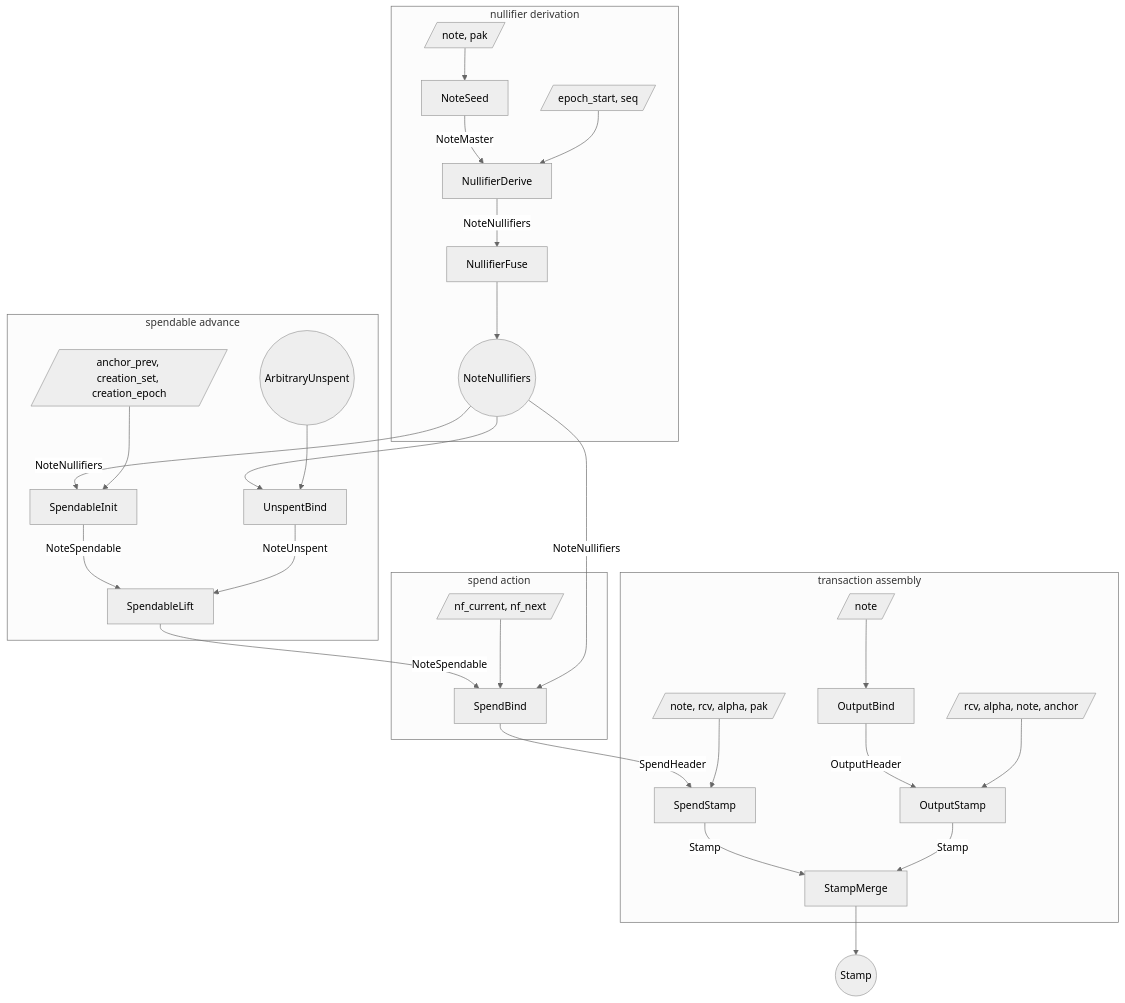
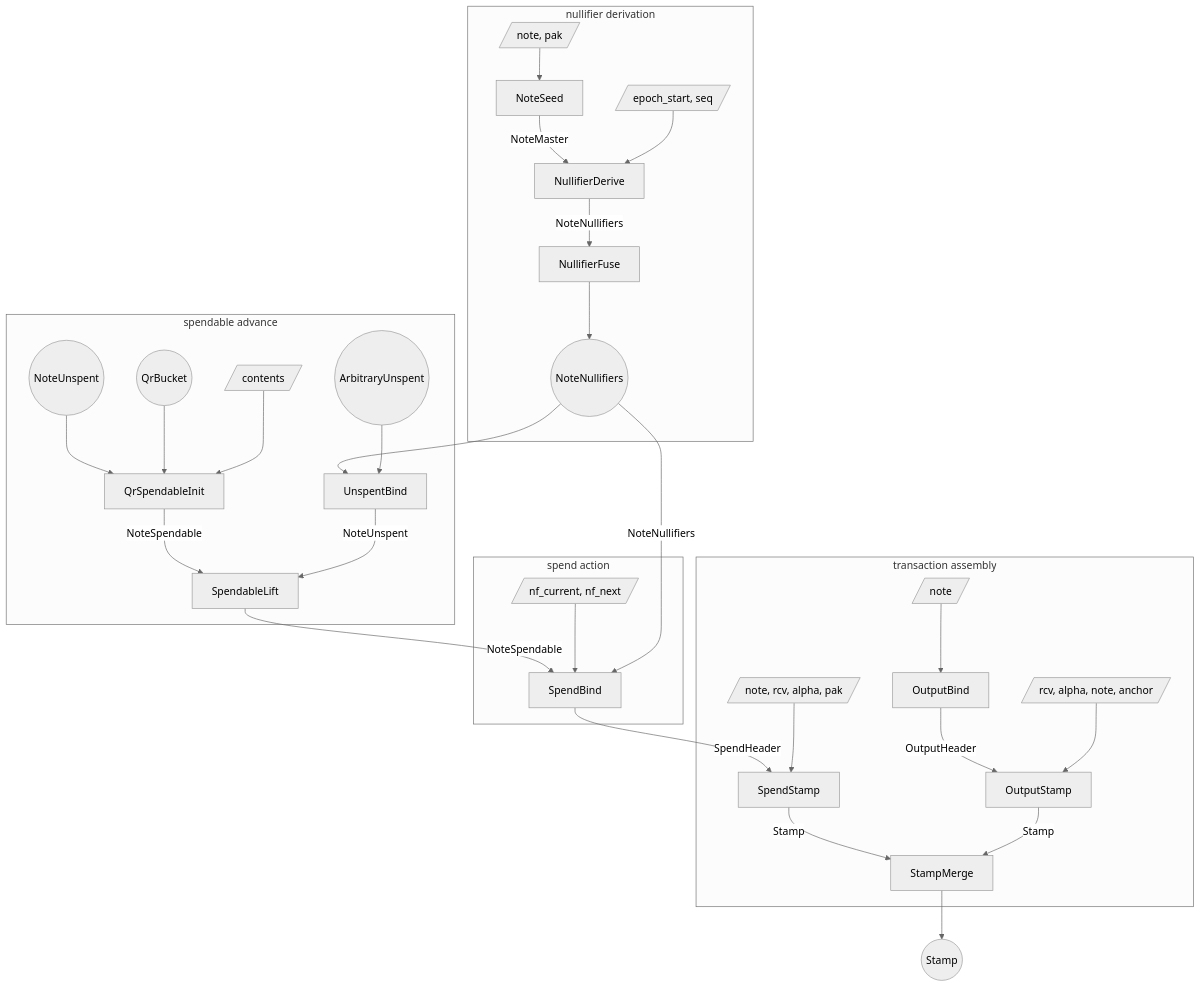
The first of 3 diagrams in book/src/proof-tree.md (tachyon-zcash/tachyon), drawn with Mermaid (neutral theme) before and after one commit. The commit also changed other lines of this file and 16 other files, not shown here.

````diff
--- a/book/src/proof-tree.md
+++ b/book/src/proof-tree.md
@@ -307,62 +288,65 @@
 ```mermaid
 flowchart TB
   subgraph derive [nullifier derivation]
     w_seed[/note, pak/]
     s_seed[NoteSeed]
     w_window[/epoch_start, seq/]
     s_window[NullifierDerive]
     s_dfuse[NullifierFuse]
     nf_range((NoteNullifiers))
   end
 
   subgraph spendable [spendable advance]
-    w_init[/anchor_prev, creation_set, creation_epoch/]
-    s_init[SpendableInit]
+    bucket_in((QrBucket))
+    creation_in((NoteUnspent))
+    w_init[/contents/]
+    s_init[QrSpendableInit]
     unspent_in((ArbitraryUnspent))
     s_unspentbind[UnspentBind]
     s_lift[SpendableLift]
   end
 
   subgraph spend_stamp [spend action]
     w_bind[/nf_current, nf_next/]
     s_bind[SpendBind]
   end
 
   subgraph merge [transaction assembly]
     w_stamp[/note, rcv, alpha, pak/]
     s_spendstamp[SpendStamp]
     w_outbind[/note/]
     s_outbind[OutputBind]
     w_output[/rcv, alpha, note, anchor/]
     s_output[OutputStamp]
     s_merge[StampMerge]
   end
 
   stamp_out((Stamp))
 
   w_seed --> s_seed
   s_seed -->|NoteMaster| s_window
   w_window --> s_window
   s_window -->|NoteNullifiers| s_dfuse
   s_dfuse --> nf_range
 
-  nf_range -->|NoteNullifiers| s_init
+  creation_in --> s_init
+  bucket_in --> s_init
   w_init --> s_init
   nf_range --> s_unspentbind
   unspent_in --> s_unspentbind
   s_init -->|NoteSpendable| s_lift
   s_unspentbind -->|NoteUnspent| s_lift
   s_lift -->|NoteSpendable| s_bind
 
   w_bind --> s_bind
   nf_range -->|NoteNullifiers| s_bind
   s_bind -->|SpendHeader| s_spendstamp
   w_stamp --> s_spendstamp
 
   w_outbind --> s_outbind
   s_outbind -->|OutputHeader| s_output
   w_output --> s_output
   s_spendstamp -->|Stamp| s_merge
   s_output -->|Stamp| s_merge
   s_merge --> stamp_out
 ```
````
